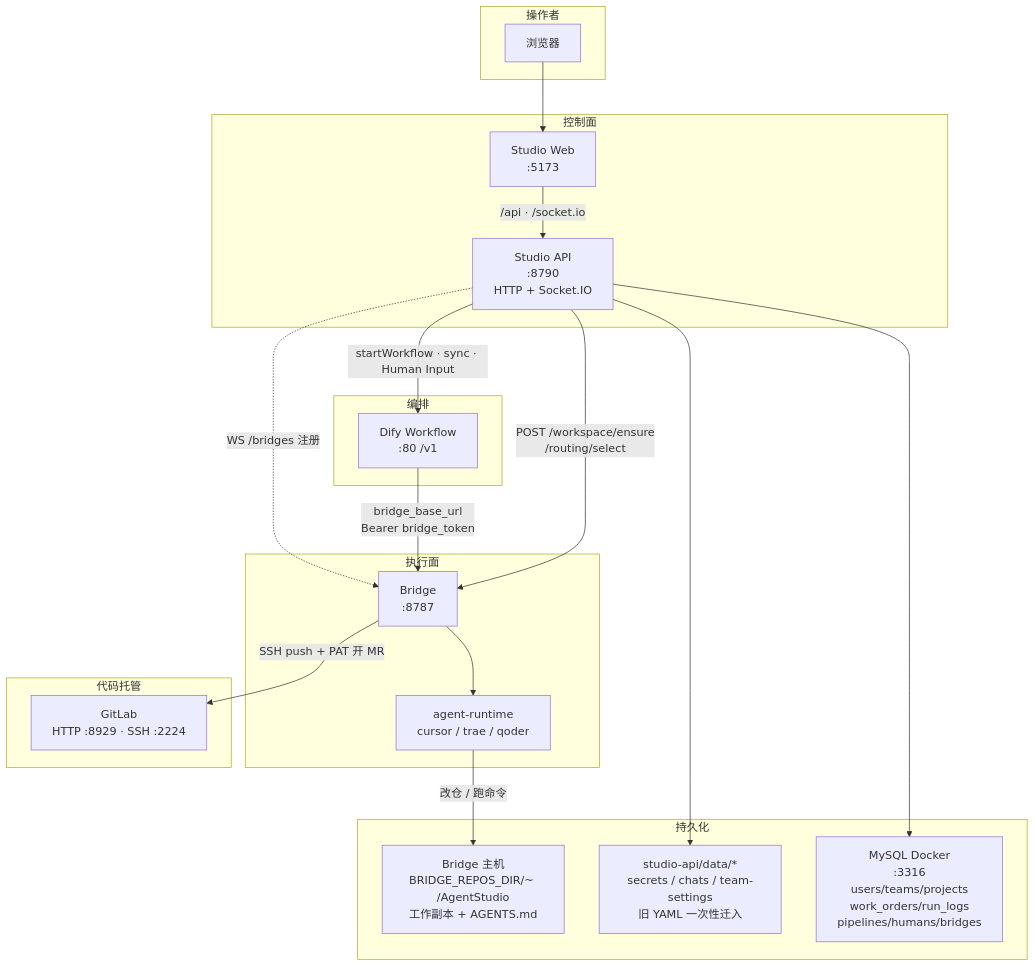
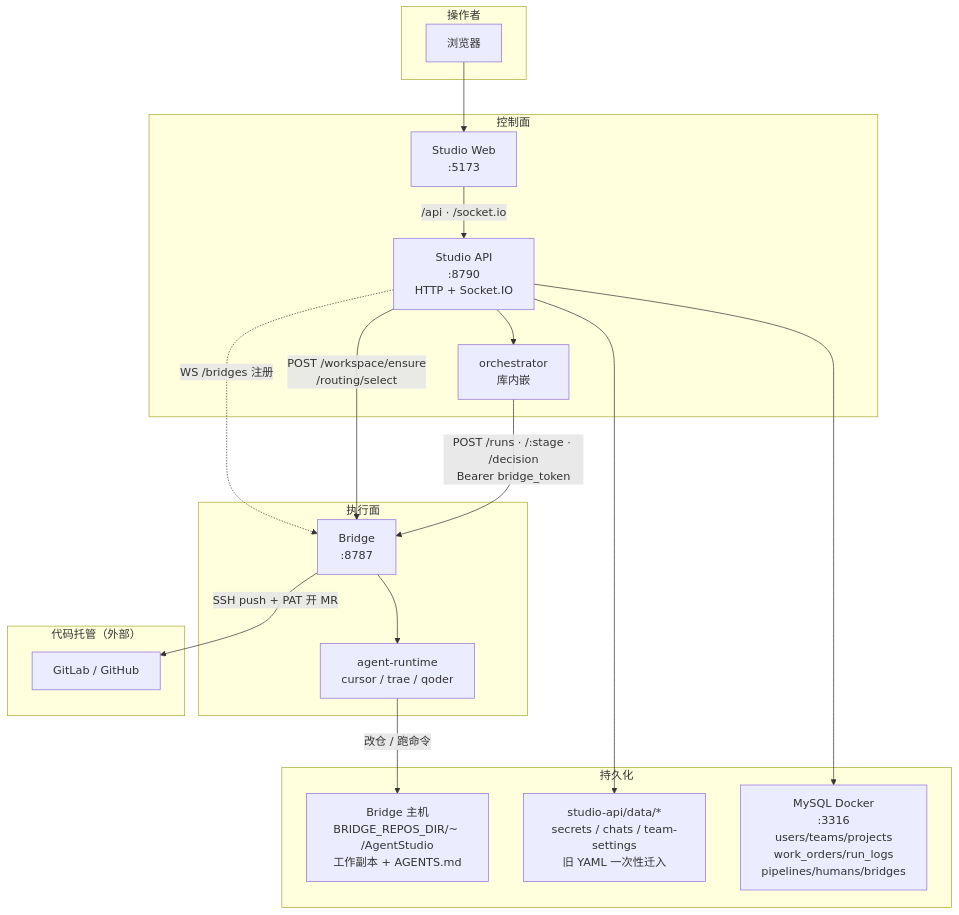
One commit to xxxxxuhb/agent-studio changed the first of 6 diagrams in docs/架构与时序图.md. Above: the diagram before and after it, drawn with Mermaid. The commit also changed other lines of this file and 83 other files, not shown here.

````diff
--- a/docs/架构与时序图.md
+++ b/docs/架构与时序图.md
@@ -11,42 +11,39 @@
 ```mermaid
 flowchart TB
   subgraph User["操作者"]
     Browser["浏览器"]
   end
 
   subgraph Control["控制面"]
     Web["Studio Web\n:5173"]
     API["Studio API\n:8790\nHTTP + Socket.IO"]
-  end
-
-  subgraph Orchestration["编排"]
-    Dify["Dify Workflow\n:80 /v1"]
+    Orch["orchestrator\n库内嵌"]
   end
 
   subgraph Execute["执行面"]
     Bridge["Bridge\n:8787"]
     Runtime["agent-runtime\ncursor / trae / qoder"]
   end
 
-  subgraph Forge["代码托管"]
-    GitLab["GitLab\nHTTP :8929 · SSH :2224"]
+  subgraph Forge["代码托管（外部）"]
+    Git["GitLab / GitHub"]
   end
 
   subgraph Persist["持久化"]
     MySQL["MySQL Docker\n:3316\nusers/teams/projects\nwork_orders/run_logs\npipelines/humans/bridges"]
     Data["studio-api/data/*\nsecrets / chats / team-settings\n旧 YAML 一次性迁入"]
     Repos["Bridge 主机\nBRIDGE_REPOS_DIR/~ /AgentStudio\n工作副本 + AGENTS.md"]
   end
 
   Browser --> Web
   Web -->|"/api · /socket.io"| API
   API --> MySQL
   API --> Data
+  API --> Orch
   API -->|"POST /workspace/ensure\n/routing/select"| Bridge
-  API -->|"startWorkflow · sync · Human Input"| Dify
-  Dify -->|"bridge_base_url\nBearer bridge_token"| Bridge
+  Orch -->|"POST /runs · /:stage · /decision\nBearer bridge_token"| Bridge
   Bridge --> Runtime
   Runtime -->|"改仓 / 跑命令"| Repos
-  Bridge -->|"SSH push + PAT 开 MR"| GitLab
+  Bridge -->|"SSH push + PAT 开 MR"| Git
   API -.->|"WS /bridges 注册"| Bridge
 ```
````
